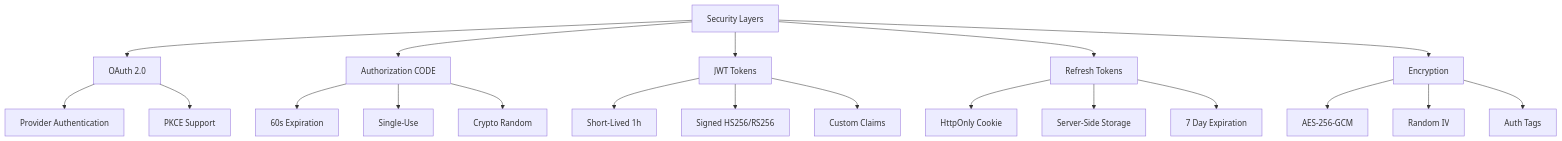
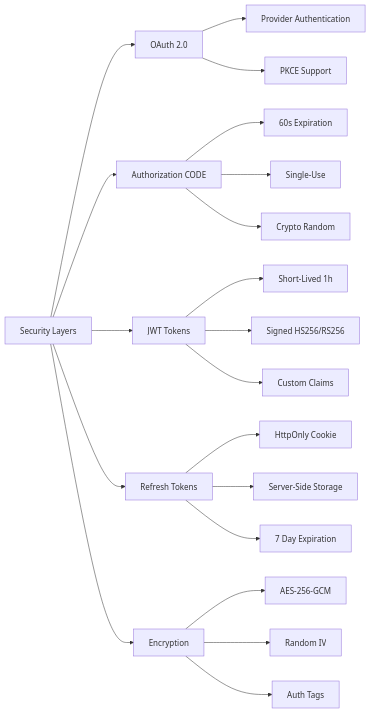
The fifth of 7 diagrams in docs/architecture/index.md (peterbud/nuxt-aegis), drawn with Mermaid before and after one commit. The commit also changed other lines of this file and 2 other files, not shown here.

Commit message:
feat(docs): add custom CSS for mermaid error styling and update architecture diagram

````diff
--- a/docs/architecture/index.md
+++ b/docs/architecture/index.md
@@ -114,27 +117,27 @@
 ```mermaid
-graph TB
+graph LR
     A[Security Layers] --> B[OAuth 2.0]
     A --> C[Authorization CODE]
     A --> D[JWT Tokens]
     A --> E[Refresh Tokens]
     A --> F[Encryption]
     
     B --> B1[Provider Authentication]
     B --> B2[PKCE Support]
     
     C --> C1[60s Expiration]
     C --> C2[Single-Use]
     C --> C3[Crypto Random]
     
     D --> D1[Short-Lived 1h]
     D --> D2[Signed HS256/RS256]
     D --> D3[Custom Claims]
     
     E --> E1[HttpOnly Cookie]
     E --> E2[Server-Side Storage]
     E --> E3[7 Day Expiration]
     
     F --> F1[AES-256-GCM]
     F --> F2[Random IV]
     F --> F3[Auth Tags]
 ```
````
